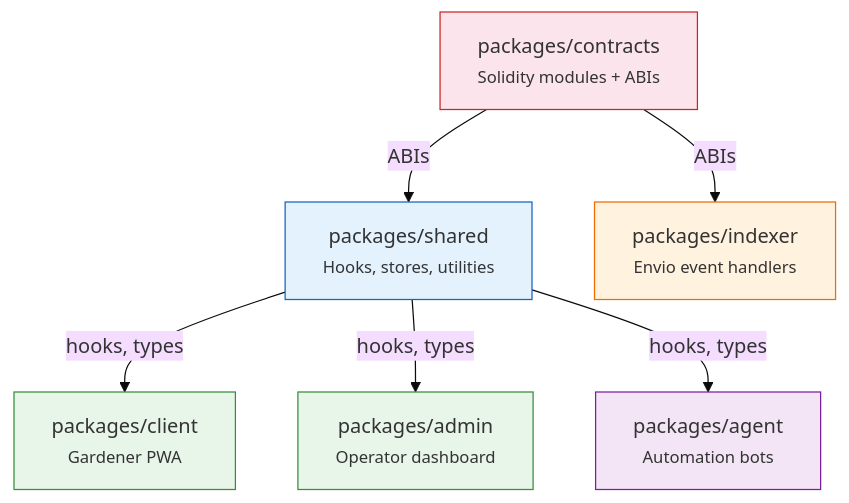
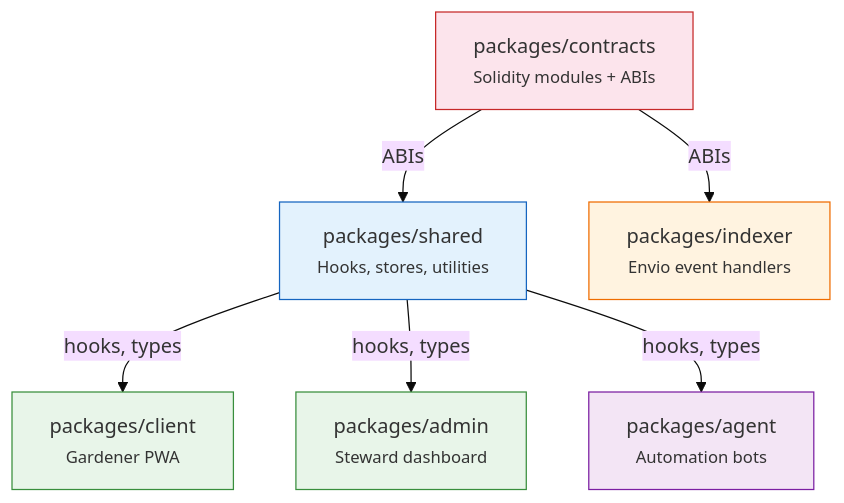
One commit to greenpill-dev-guild/green-goods changed the second of 3 diagrams in docs/docs/builders/architecture/modular-approach.mdx. Above: the diagram before and after it, drawn with Mermaid (base theme). The commit also changed other lines of this file and 447 other files, not shown here.

````diff
--- a/docs/docs/builders/architecture/modular-approach.mdx
+++ b/docs/docs/builders/architecture/modular-approach.mdx
@@ -95,22 +95,22 @@
 ```mermaid
 graph TD
     Contracts["packages/contracts<br/><small>Solidity modules + ABIs</small>"]
     Shared["packages/shared<br/><small>Hooks, stores, utilities</small>"]
     Indexer["packages/indexer<br/><small>Envio event handlers</small>"]
     Client["packages/client<br/><small>Gardener PWA</small>"]
-    Admin["packages/admin<br/><small>Operator dashboard</small>"]
+    Admin["packages/admin<br/><small>Steward dashboard</small>"]
     Agent["packages/agent<br/><small>Automation bots</small>"]
 
     Contracts -->|ABIs| Shared
     Contracts -->|ABIs| Indexer
     Shared -->|hooks, types| Client
     Shared -->|hooks, types| Admin
     Shared -->|hooks, types| Agent
 
     style Contracts fill:#fce4ec,stroke:#c62828
     style Shared fill:#e3f2fd,stroke:#1565c0
     style Indexer fill:#fff3e0,stroke:#ef6c00
     style Client fill:#e8f5e9,stroke:#388e3c
     style Admin fill:#e8f5e9,stroke:#388e3c
     style Agent fill:#f3e5f5,stroke:#7b1fa2
 ```
````
